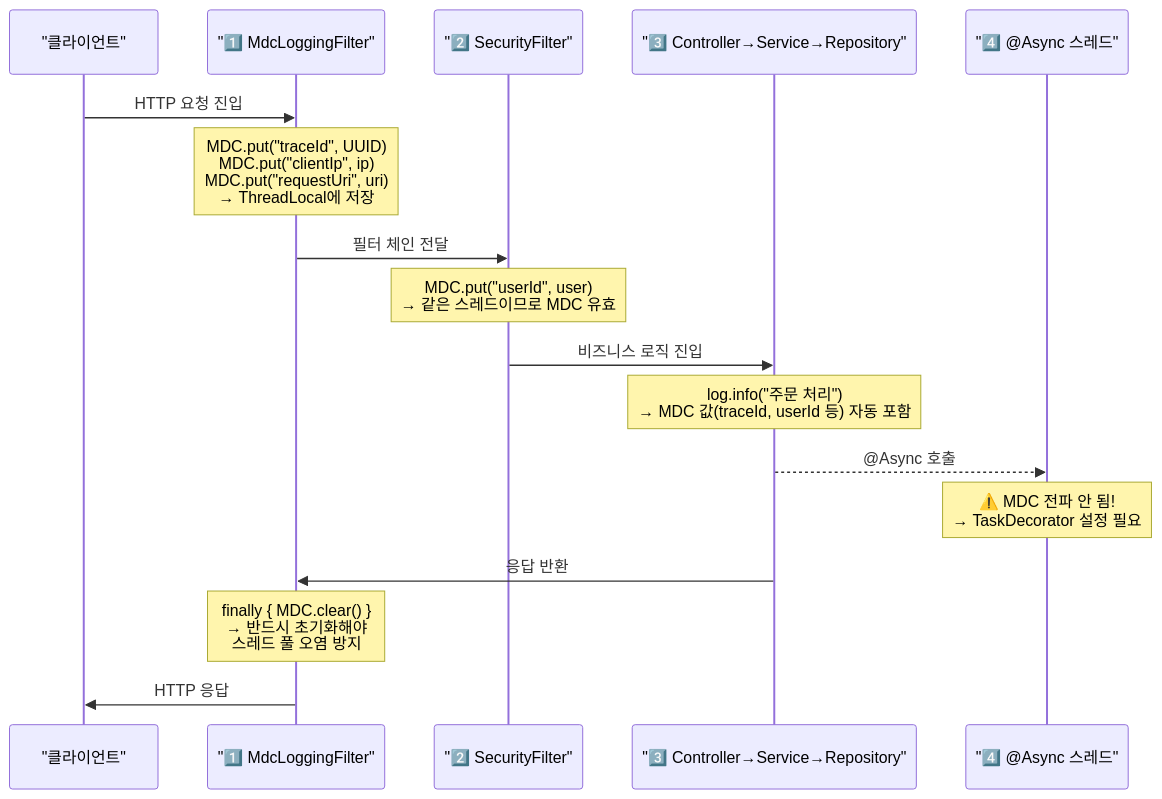
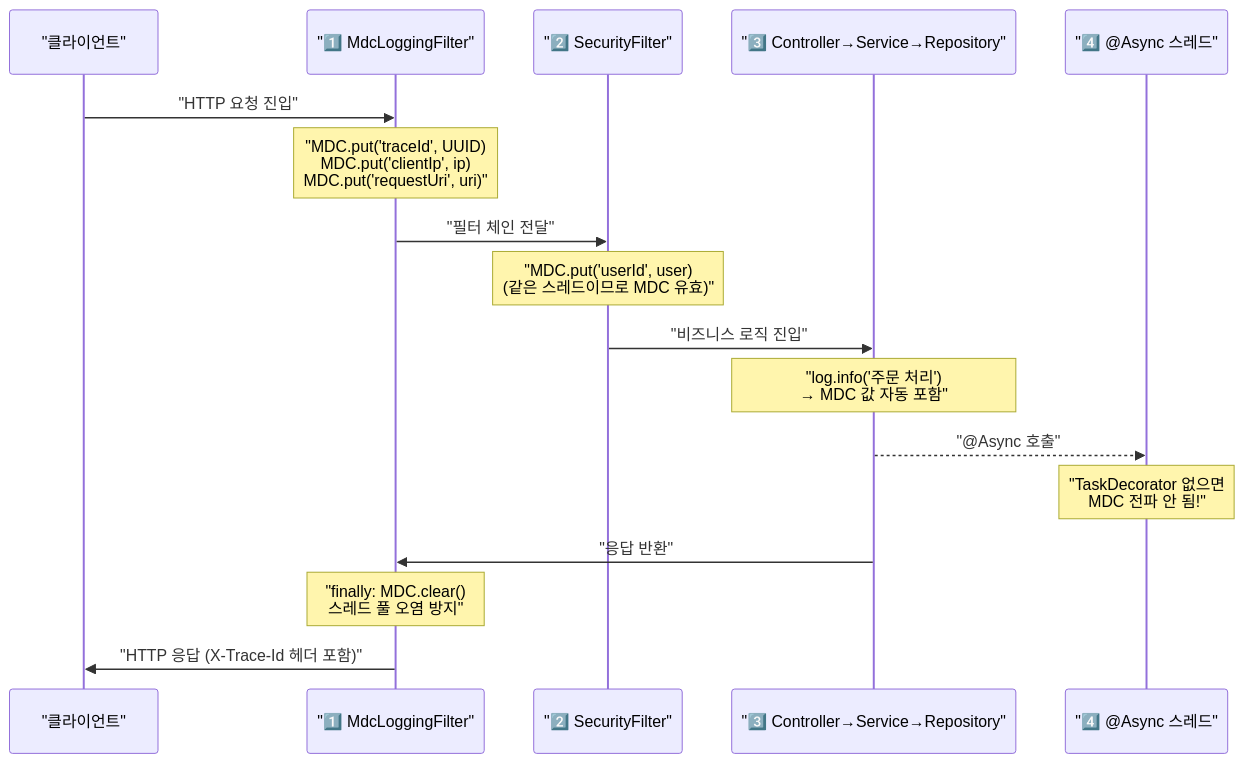
Before and after one commit to yjkim2015/yjkim2015.github.io: the third of 3 diagrams in _posts/spring/2026-05-01-spring-mdc.md, drawn with Mermaid. The commit also changed other lines of this file and 12 other files, not shown here.

````diff
--- a/_posts/spring/2026-05-01-spring-mdc.md
+++ b/_posts/spring/2026-05-01-spring-mdc.md
@@ -805,20 +496,20 @@
-```mermaid
+<div class="mermaid">
 sequenceDiagram
     participant C as "클라이언트"
     participant F as "1️⃣ MdcLoggingFilter"
     participant S as "2️⃣ SecurityFilter"
     participant B as "3️⃣ Controller→Service→Repository"
     participant A as "4️⃣ @Async 스레드"
 
-    C->>F: HTTP 요청 진입
-    Note over F: MDC.put("traceId", UUID)<br>MDC.put("clientIp", ip)<br>MDC.put("requestUri", uri)<br>→ ThreadLocal에 저장
-    F->>S: 필터 체인 전달
-    Note over S: MDC.put("userId", user)<br>→ 같은 스레드이므로 MDC 유효
-    S->>B: 비즈니스 로직 진입
-    Note over B: log.info("주문 처리")<br>→ MDC 값(traceId, userId 등) 자동 포함
-    B-->>A: @Async 호출
-    Note over A: ⚠️ MDC 전파 안 됨!<br>→ TaskDecorator 설정 필요
-    B->>F: 응답 반환
-    Note over F: finally { MDC.clear() }<br>→ 반드시 초기화해야<br>스레드 풀 오염 방지
-    F->>C: HTTP 응답
-```
+    C->>F: "HTTP 요청 진입"
+    Note over F: "MDC.put('traceId', UUID)<br>MDC.put('clientIp', ip)<br>MDC.put('requestUri', uri)"
+    F->>S: "필터 체인 전달"
+    Note over S: "MDC.put('userId', user)<br>(같은 스레드이므로 MDC 유효)"
+    S->>B: "비즈니스 로직 진입"
+    Note over B: "log.info('주문 처리')<br>→ MDC 값 자동 포함"
+    B-->>A: "@Async 호출"
+    Note over A: "TaskDecorator 없으면<br>MDC 전파 안 됨!"
+    B->>F: "응답 반환"
+    Note over F: "finally: MDC.clear()<br>스레드 풀 오염 방지"
+    F->>C: "HTTP 응답 (X-Trace-Id 헤더 포함)"
+</div>
````
